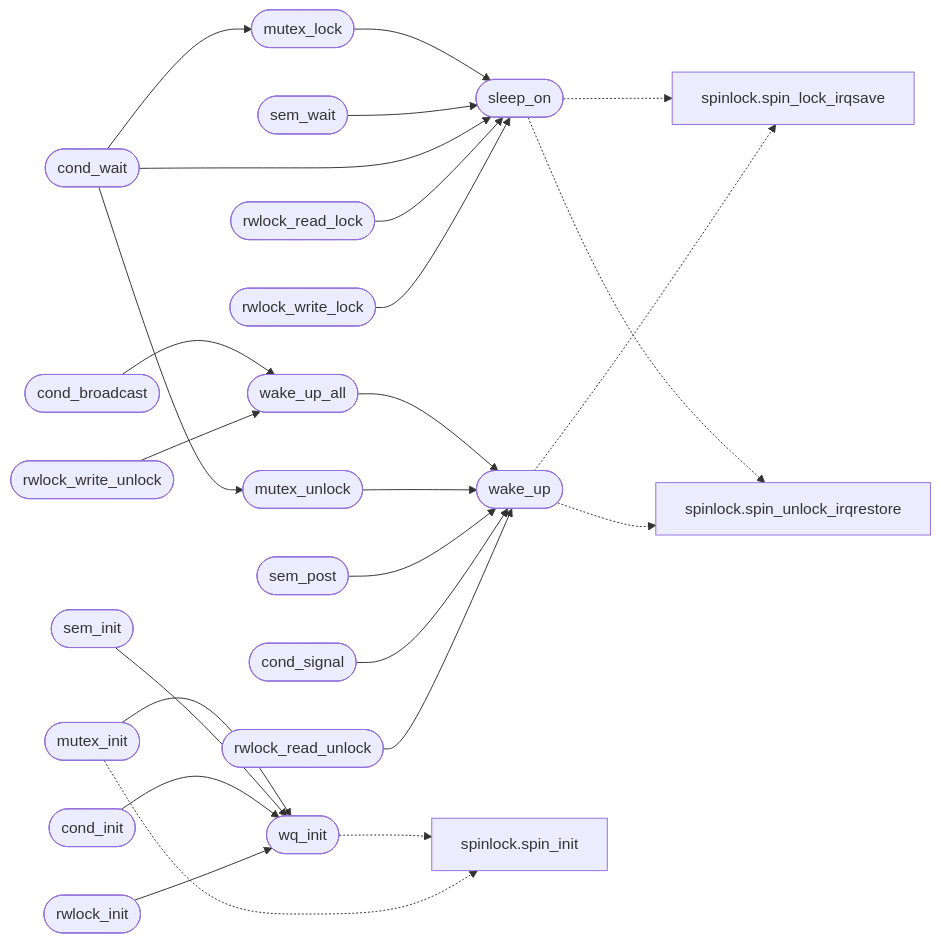
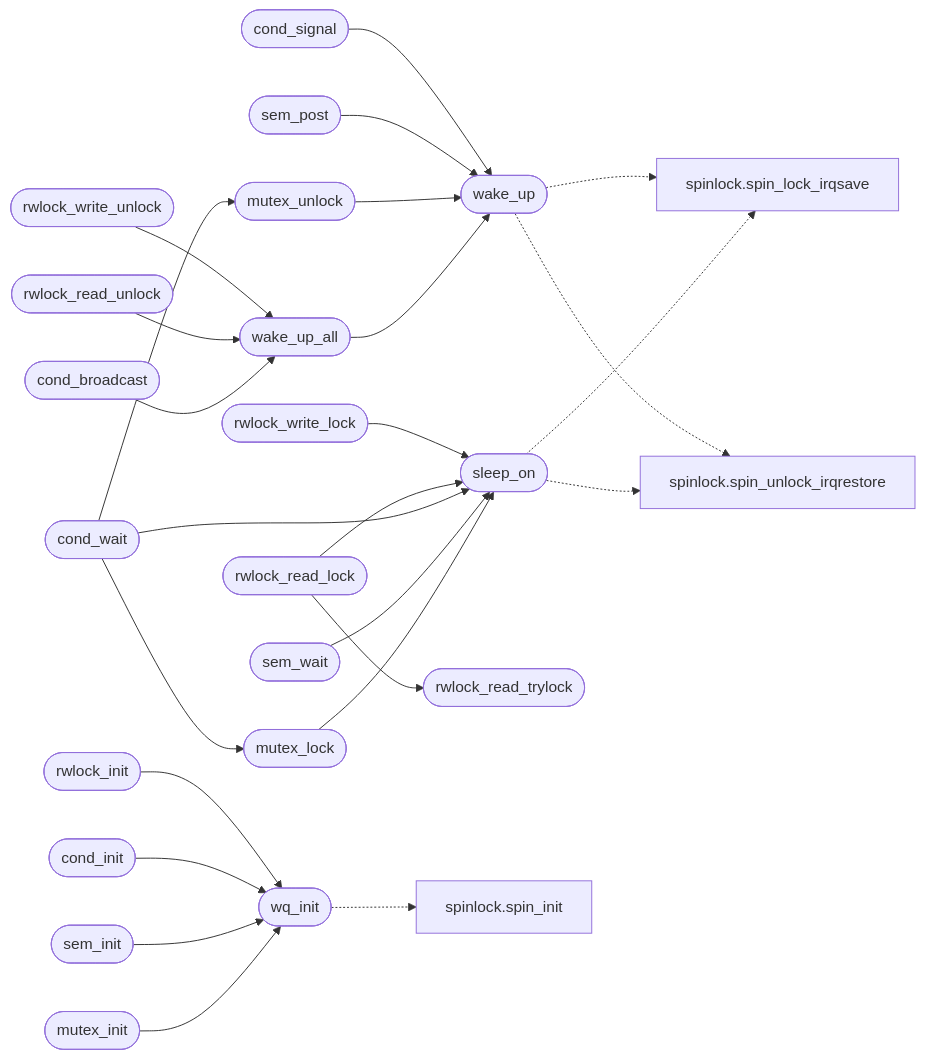
The diagram in readmenator-apidocs/modules/kernel.sync.c.md (grisuno/miniOS), drawn with Mermaid before and after one commit. The commit also changed other lines of this file and 286 other files, not shown here.

````diff
--- a/readmenator-apidocs/modules/kernel.sync.c.md
+++ b/readmenator-apidocs/modules/kernel.sync.c.md
@@ -16,49 +16,50 @@
 ```mermaid
 flowchart LR
     n_kernel_sync_c__wake_up_all(["wake_up_all"])
     n_kernel_sync_c__wake_up(["wake_up"])
     n_kernel_sync_c__mutex_init(["mutex_init"])
     n_kernel_sync_c__wq_init(["wq_init"])
     n_kernel_sync_c__mutex_lock(["mutex_lock"])
     n_kernel_sync_c__sleep_on(["sleep_on"])
     n_kernel_sync_c__mutex_unlock(["mutex_unlock"])
     n_kernel_sync_c__sem_init(["sem_init"])
     n_kernel_sync_c__sem_wait(["sem_wait"])
     n_kernel_sync_c__sem_post(["sem_post"])
     n_kernel_sync_c__cond_init(["cond_init"])
     n_kernel_sync_c__cond_wait(["cond_wait"])
     n_kernel_sync_c__cond_signal(["cond_signal"])
     n_kernel_sync_c__cond_broadcast(["cond_broadcast"])
     n_kernel_sync_c__rwlock_init(["rwlock_init"])
     n_kernel_sync_c__rwlock_read_lock(["rwlock_read_lock"])
+    n_kernel_sync_c__rwlock_read_trylock(["rwlock_read_trylock"])
     n_kernel_sync_c__rwlock_read_unlock(["rwlock_read_unlock"])
     n_kernel_sync_c__rwlock_write_lock(["rwlock_write_lock"])
     n_kernel_sync_c__rwlock_write_unlock(["rwlock_write_unlock"])
     n_headers_spinlock_h__spin_init["spinlock.spin_init"]
     n_headers_spinlock_h__spin_lock_irqsave["spinlock.spin_lock_irqsave"]
     n_headers_spinlock_h__spin_unlock_irqrestore["spinlock.spin_unlock_irqrestore"]
     n_kernel_sync_c__wake_up_all --> n_kernel_sync_c__wake_up
     n_kernel_sync_c__mutex_init --> n_kernel_sync_c__wq_init
     n_kernel_sync_c__mutex_lock --> n_kernel_sync_c__sleep_on
     n_kernel_sync_c__mutex_unlock --> n_kernel_sync_c__wake_up
     n_kernel_sync_c__sem_init --> n_kernel_sync_c__wq_init
     n_kernel_sync_c__sem_wait --> n_kernel_sync_c__sleep_on
     n_kernel_sync_c__sem_post --> n_kernel_sync_c__wake_up
     n_kernel_sync_c__cond_init --> n_kernel_sync_c__wq_init
     n_kernel_sync_c__cond_wait --> n_kernel_sync_c__mutex_lock
     n_kernel_sync_c__cond_wait --> n_kernel_sync_c__mutex_unlock
     n_kernel_sync_c__cond_wait --> n_kernel_sync_c__sleep_on
     n_kernel_sync_c__cond_signal --> n_kernel_sync_c__wake_up
     n_kernel_sync_c__cond_broadcast --> n_kernel_sync_c__wake_up_all
     n_kernel_sync_c__rwlock_init --> n_kernel_sync_c__wq_init
+    n_kernel_sync_c__rwlock_read_lock --> n_kernel_sync_c__rwlock_read_trylock
     n_kernel_sync_c__rwlock_read_lock --> n_kernel_sync_c__sleep_on
-    n_kernel_sync_c__rwlock_read_unlock --> n_kernel_sync_c__wake_up
+    n_kernel_sync_c__rwlock_read_unlock --> n_kernel_sync_c__wake_up_all
     n_kernel_sync_c__rwlock_write_lock --> n_kernel_sync_c__sleep_on
     n_kernel_sync_c__rwlock_write_unlock --> n_kernel_sync_c__wake_up_all
     n_kernel_sync_c__wq_init -.-> n_headers_spinlock_h__spin_init
     n_kernel_sync_c__sleep_on -.-> n_headers_spinlock_h__spin_lock_irqsave
     n_kernel_sync_c__sleep_on -.-> n_headers_spinlock_h__spin_unlock_irqrestore
     n_kernel_sync_c__wake_up -.-> n_headers_spinlock_h__spin_lock_irqsave
     n_kernel_sync_c__wake_up -.-> n_headers_spinlock_h__spin_unlock_irqrestore
-    n_kernel_sync_c__mutex_init -.-> n_headers_spinlock_h__spin_init
 ```
````
